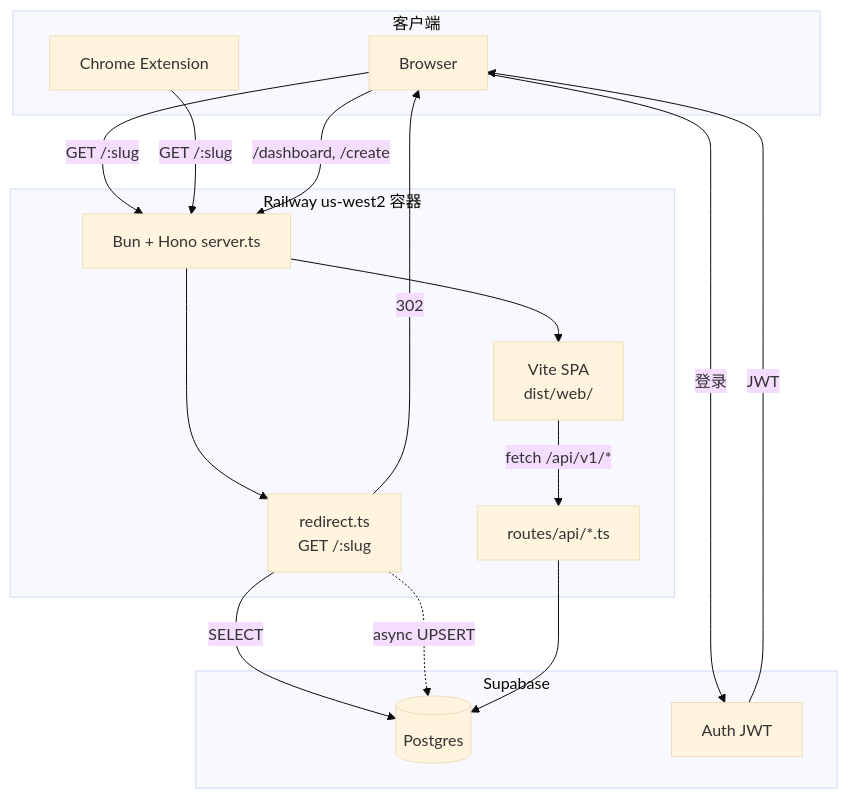
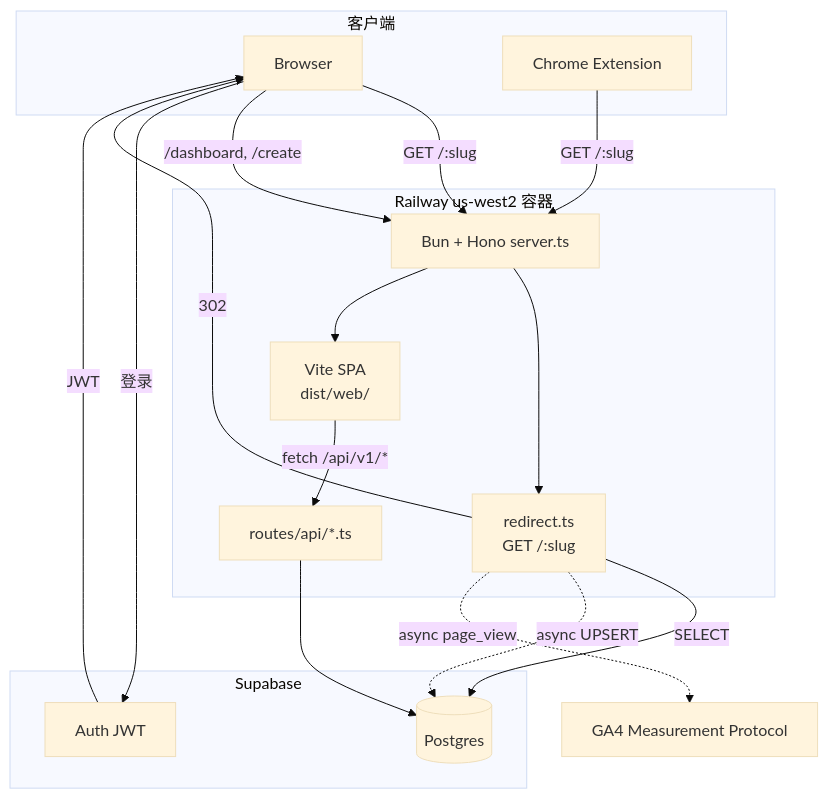
Before and after one commit to xinbenlv/open-golinks: the diagram in docs/CURRENT-ARCHITECT.md, drawn with Mermaid (base theme). The commit also changed other lines of this file and 18 other files, not shown here.

````diff
--- a/docs/CURRENT-ARCHITECT.md
+++ b/docs/CURRENT-ARCHITECT.md
@@ -31,33 +32,34 @@
 ```mermaid
 flowchart TB
   subgraph Client[客户端]
     BR[Browser]
     EX[Chrome Extension]
   end
 
   subgraph Railway[Railway us-west2 容器]
     SRV[Bun + Hono server.ts]
     RED[redirect.ts<br/>GET /:slug]
     API[routes/api/*.ts]
     SPA[Vite SPA<br/>dist/web/]
   end
 
   subgraph Supabase[Supabase]
     PG[(Postgres)]
     AUTH[Auth JWT]
   end
 
   BR -->|GET /:slug| SRV
   EX -->|GET /:slug| SRV
   SRV --> RED
   RED -->|SELECT| PG
   RED -->|302| BR
   RED -.->|async UPSERT| PG
+  RED -.->|async page_view| GA4[GA4 Measurement Protocol]
 
   BR -->|/dashboard, /create| SRV
   SRV --> SPA
   SPA -->|fetch /api/v1/*| API
   API --> PG
   BR -->|登录| AUTH
   AUTH -->|JWT| BR
 ```
````
